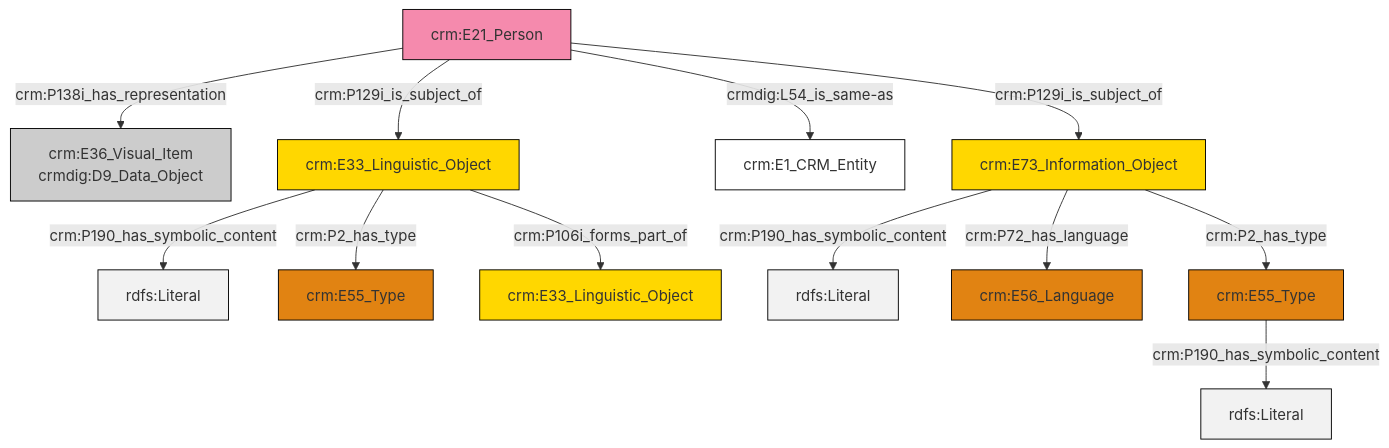
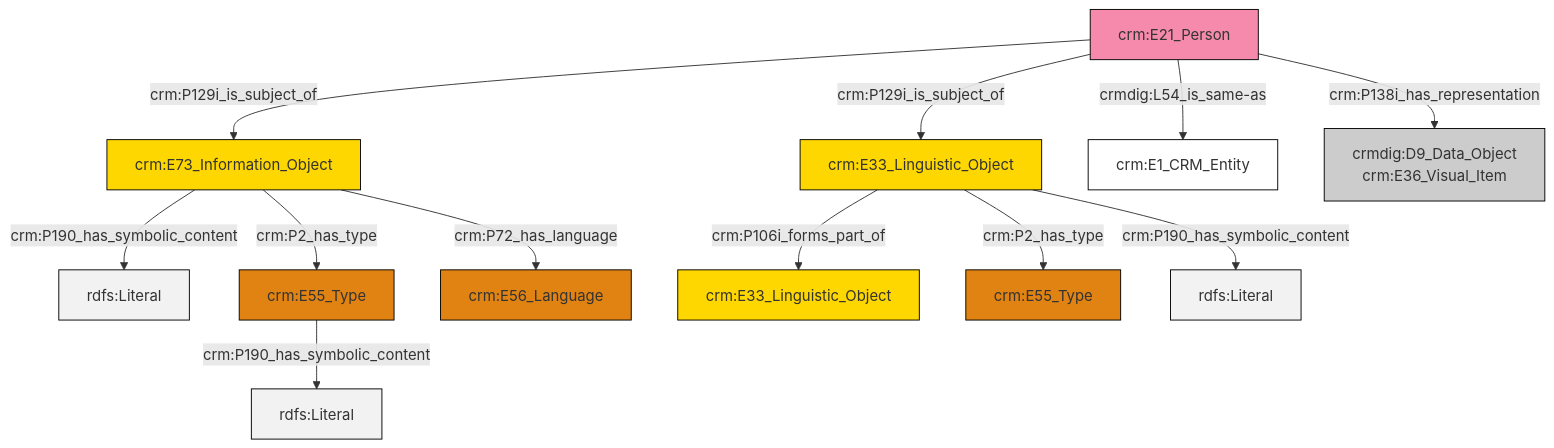
Before and after one commit to swiss-art-research-net/reference-data-models: the diagram in et/personCSV/ttl/mmd/Person_Documentation.ttl.mmd, drawn with Mermaid. The commit also changed 127 other files, not shown here.

```diff
--- a/et/personCSV/ttl/mmd/Person_Documentation.ttl.mmd
+++ b/et/personCSV/ttl/mmd/Person_Documentation.ttl.mmd
@@ -1,26 +1,26 @@
 graph TD
 classDef Literal fill:#f2f2f2,stroke:#000000;
 classDef CRM_Entity fill:#FFFFFF,stroke:#000000;
 classDef Temporal_Entity fill:#00C9E6, stroke:#000000;
 classDef Type fill:#E18312, stroke:#000000;
 classDef Time-Span fill:#2C9C91, stroke:#000000;
 classDef Appellation fill:#FFEB7F, stroke:#000000;
 classDef Place fill:#008836, stroke:#000000;
 classDef Persistent_Item fill:#B266B2, stroke:#000000;
 classDef Conceptual_Object fill:#FFD700, stroke:#000000;
 classDef Physical_Thing fill:#D2B48C, stroke:#000000;
 classDef Actor fill:#f58aad, stroke:#000000;
 classDef PC_Classes fill:#4ce600, stroke:#000000;
 classDef Multi fill:#cccccc,stroke:#000000;
 
-2["crm:E33_Linguistic_Object"]:::Conceptual_Object -->|crm:P190_has_symbolic_content| 3[rdfs:Literal]:::Literal
-4["crm:E21_Person"]:::Actor -->|crm:P138i_has_representation| 5["crm:E36_Visual_Item<br>crmdig:D9_Data_Object"]:::Multi
-9["crm:E73_Information_Object"]:::Conceptual_Object -->|crm:P190_has_symbolic_content| 10[rdfs:Literal]:::Literal
-2["crm:E33_Linguistic_Object"]:::Conceptual_Object -->|crm:P2_has_type| 7["crm:E55_Type"]:::Type
-4["crm:E21_Person"]:::Actor -->|crm:P129i_is_subject_of| 2["crm:E33_Linguistic_Object"]:::Conceptual_Object
-2["crm:E33_Linguistic_Object"]:::Conceptual_Object -->|crm:P106i_forms_part_of| 11["crm:E33_Linguistic_Object"]:::Conceptual_Object
-9["crm:E73_Information_Object"]:::Conceptual_Object -->|crm:P72_has_language| 0["crm:E56_Language"]:::Type
-4["crm:E21_Person"]:::Actor -->|crmdig:L54_is_same-as| 18["crm:E1_CRM_Entity"]:::CRM_Entity
-4["crm:E21_Person"]:::Actor -->|crm:P129i_is_subject_of| 9["crm:E73_Information_Object"]:::Conceptual_Object
-20["crm:E55_Type"]:::Type -->|crm:P190_has_symbolic_content| 22[rdfs:Literal]:::Literal
-9["crm:E73_Information_Object"]:::Conceptual_Object -->|crm:P2_has_type| 20["crm:E55_Type"]:::Type
+0["crm:E21_Person"]:::Actor -->|crm:P129i_is_subject_of| 1["crm:E73_Information_Object"]:::Conceptual_Object
+4["crm:E33_Linguistic_Object"]:::Conceptual_Object -->|crm:P106i_forms_part_of| 5["crm:E33_Linguistic_Object"]:::Conceptual_Object
+0["crm:E21_Person"]:::Actor -->|crm:P129i_is_subject_of| 4["crm:E33_Linguistic_Object"]:::Conceptual_Object
+1["crm:E73_Information_Object"]:::Conceptual_Object -->|crm:P190_has_symbolic_content| 6[rdfs:Literal]:::Literal
+1["crm:E73_Information_Object"]:::Conceptual_Object -->|crm:P2_has_type| 8["crm:E55_Type"]:::Type
+4["crm:E33_Linguistic_Object"]:::Conceptual_Object -->|crm:P2_has_type| 9["crm:E55_Type"]:::Type
+4["crm:E33_Linguistic_Object"]:::Conceptual_Object -->|crm:P190_has_symbolic_content| 17[rdfs:Literal]:::Literal
+1["crm:E73_Information_Object"]:::Conceptual_Object -->|crm:P72_has_language| 13["crm:E56_Language"]:::Type
+8["crm:E55_Type"]:::Type -->|crm:P190_has_symbolic_content| 20[rdfs:Literal]:::Literal
+0["crm:E21_Person"]:::Actor -->|crmdig:L54_is_same-as| 2["crm:E1_CRM_Entity"]:::CRM_Entity
+0["crm:E21_Person"]:::Actor -->|crm:P138i_has_representation| 18["crmdig:D9_Data_Object<br>crm:E36_Visual_Item"]:::Multi
```
